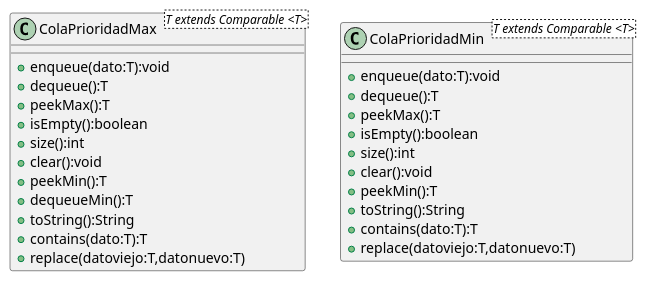
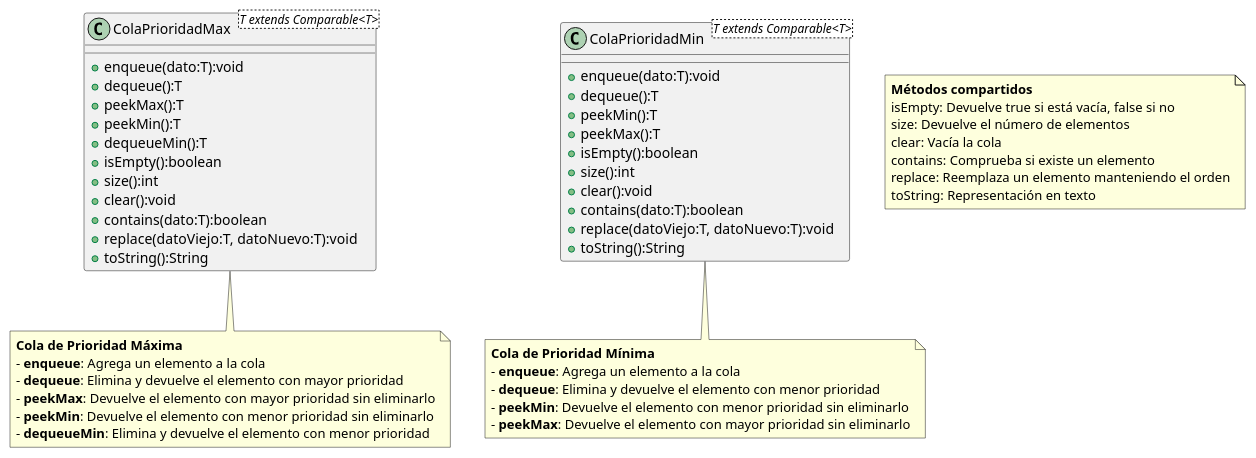
Before and after one commit to hugob-gl07/Estructura-Datos-Equipo: the diagram in src/EstructurasdeDatos/Cola/ColaPrioridad/DIagrama ColaPrioridad.puml, drawn with PlantUML. The commit also changed 12 other files, not shown here.

Commit message:
Cambios en los diagrama ULM

```diff
--- a/src/EstructurasdeDatos/Cola/ColaPrioridad/DIagrama ColaPrioridad.puml
+++ b/src/EstructurasdeDatos/Cola/ColaPrioridad/DIagrama ColaPrioridad.puml
@@ -1,28 +1,56 @@
 @startuml
-class ColaPrioridadMax <T extends Comparable <T>>{
+
+class ColaPrioridadMax<T extends Comparable<T>> {
     + enqueue(dato:T):void
     + dequeue():T
+    + peekMax():T
+    + peekMin():T
+    + dequeueMin():T
+    + isEmpty():boolean
+    + size():int
+    + clear():void
+    + contains(dato:T):boolean
+    + replace(datoViejo:T, datoNuevo:T):void
+    + toString():String
+}
+
+class ColaPrioridadMin<T extends Comparable<T>> {
+    + enqueue(dato:T):void
+    + dequeue():T
+    + peekMin():T
     + peekMax():T
     + isEmpty():boolean
     + size():int
     + clear():void
-    + peekMin():T
-    + dequeueMin():T
+    + contains(dato:T):boolean
+    + replace(datoViejo:T, datoNuevo:T):void
     + toString():String
-    + contains(dato:T):T
-    + replace(datoviejo:T,datonuevo:T)
 }
-class ColaPrioridadMin <T extends Comparable <T>>{
-    + enqueue(dato:T):void
-    + dequeue():T
-    + peekMax():T
-    + isEmpty():boolean
-    + size():int
-    + clear():void
-    + peekMin():T
-    + toString():String
-    + contains(dato:T):T
-    + replace(datoviejo:T,datonuevo:T)
-}
+note bottom of ColaPrioridadMax
+**Cola de Prioridad Máxima**
+- **enqueue**: Agrega un elemento a la cola
+- **dequeue**: Elimina y devuelve el elemento con mayor prioridad
+- **peekMax**: Devuelve el elemento con mayor prioridad sin eliminarlo
+- **peekMin**: Devuelve el elemento con menor prioridad sin eliminarlo
+- **dequeueMin**: Elimina y devuelve el elemento con menor prioridad
+end note
+
+note bottom of ColaPrioridadMin
+**Cola de Prioridad Mínima**
+- **enqueue**: Agrega un elemento a la cola
+- **dequeue**: Elimina y devuelve el elemento con menor prioridad
+- **peekMin**: Devuelve el elemento con menor prioridad sin eliminarlo
+- **peekMax**: Devuelve el elemento con mayor prioridad sin eliminarlo
+end note
+
+note as MetodosCompartidos
+**Métodos compartidos**
+isEmpty: Devuelve true si está vacía, false si no
+size: Devuelve el número de elementos
+clear: Vacía la cola
+contains: Comprueba si existe un elemento
+replace: Reemplaza un elemento manteniendo el orden
+toString: Representación en texto
+end note
 
 @enduml
```
